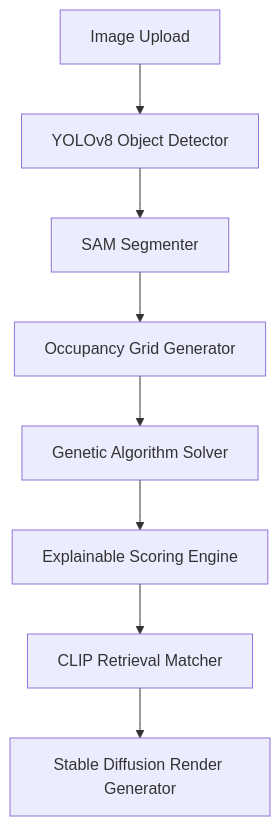
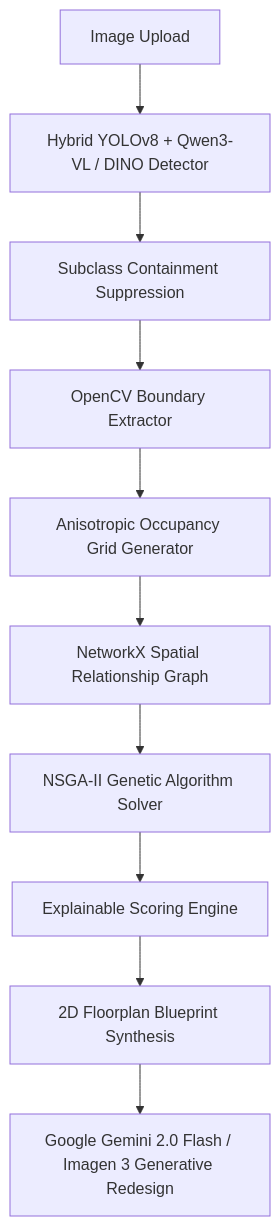
The first of 2 diagrams in PRD.md (Ayushaggarwal05/Home_Decor_AI), drawn with Mermaid before and after one commit. The commit also changed other lines of this file and 7 other files, not shown here.

````diff
--- a/PRD.md
+++ b/PRD.md
@@ -60,10 +63,12 @@
 ```mermaid
 graph TD
-    A[Image Upload] --> B[YOLOv8 Object Detector]
-    B --> C[SAM Segmenter]
-    C --> D[Occupancy Grid Generator]
-    D --> E[Genetic Algorithm Solver]
-    E --> F[Explainable Scoring Engine]
-    F --> G[CLIP Retrieval Matcher]
-    G --> H[Stable Diffusion Render Generator]
+    A[Image Upload] --> B[Hybrid YOLOv8 + Qwen3-VL / DINO Detector]
+    B --> C[Subclass Containment Suppression]
+    C --> D[OpenCV Boundary Extractor]
+    D --> E[Anisotropic Occupancy Grid Generator]
+    E --> F[NetworkX Spatial Relationship Graph]
+    F --> G[NSGA-II Genetic Algorithm Solver]
+    G --> H[Explainable Scoring Engine]
+    H --> I[2D Floorplan Blueprint Synthesis]
+    I --> J[Google Gemini 2.0 Flash / Imagen 3 Generative Redesign]
 ```
````
